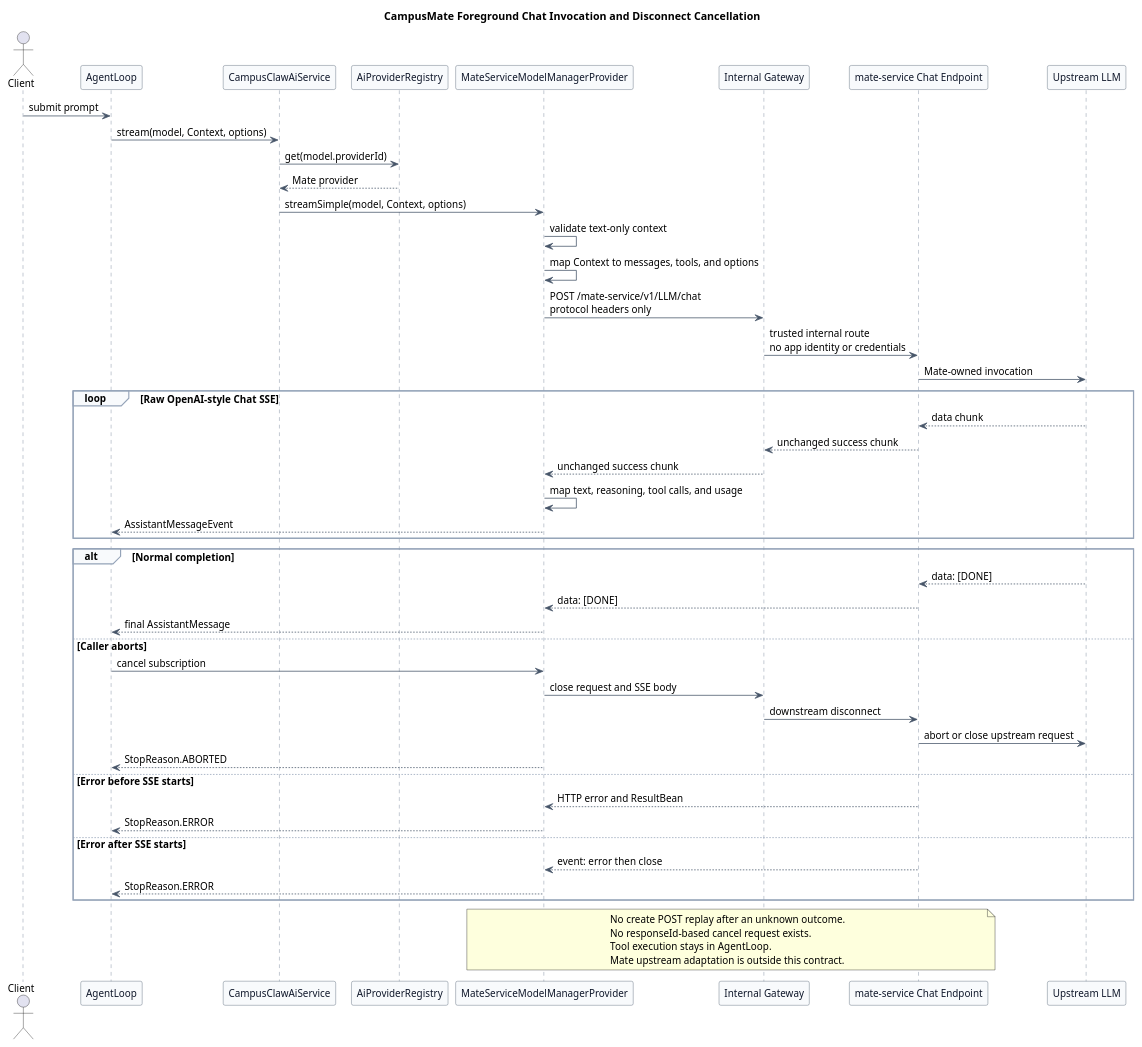
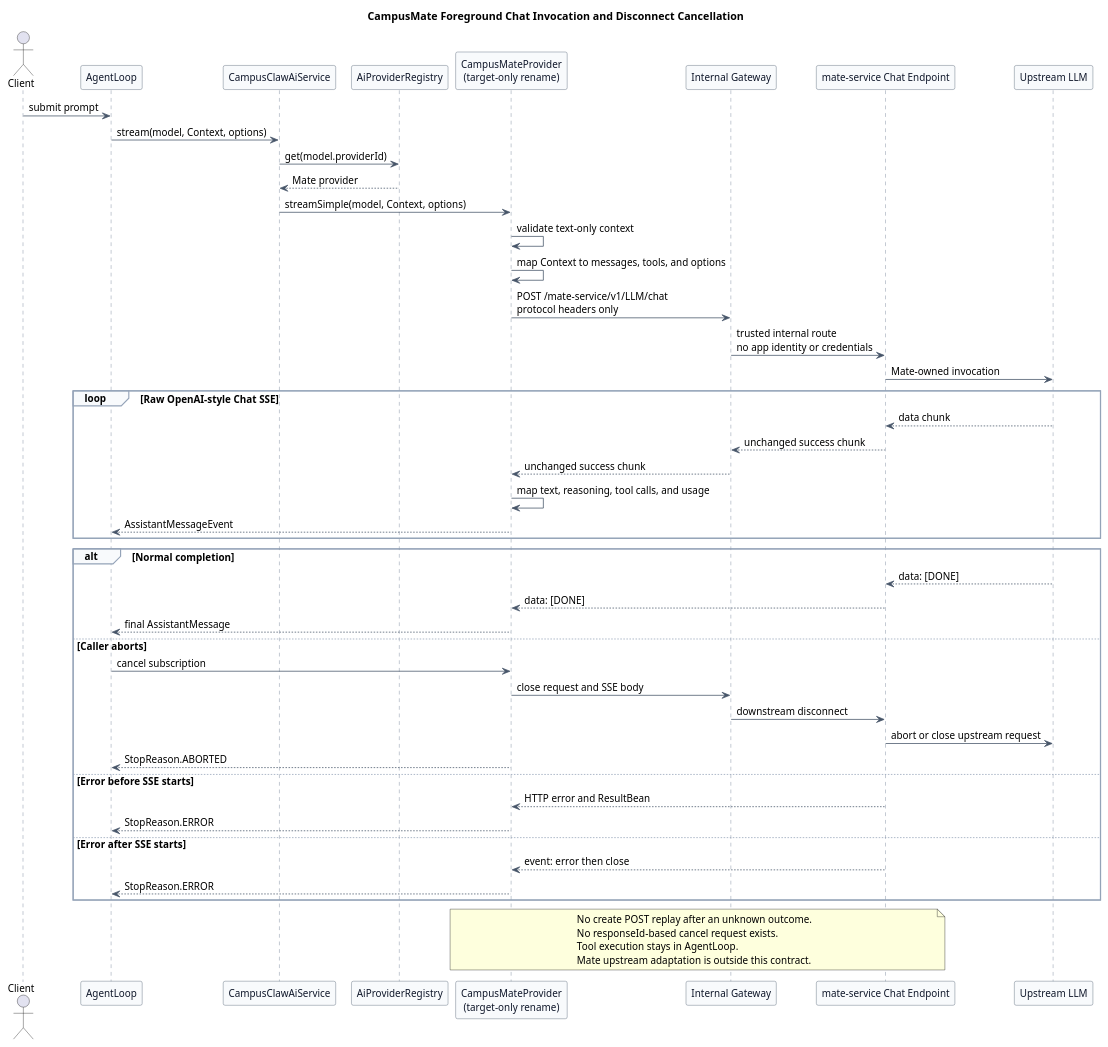
Before and after one commit to ssm0808/pi-mono-java-design: the third of 5 diagrams in 02-服务与接口/03-模型管理Provider契约/diagram.puml, drawn with PlantUML. The commit also changed other lines of this file and 17 other files, not shown here.

Commit message:
docs(ai): 统一 CampusMate 命名并明确 AI 削减边界

```diff
--- a/02-服务与接口/03-模型管理Provider契约/diagram.puml
+++ b/02-服务与接口/03-模型管理Provider契约/diagram.puml
@@ -144,84 +133,87 @@
 @startuml model_manager_invocation_sequence
 title CampusMate Foreground Chat Invocation and Disconnect Cancellation
 
 ' Source evidence:
 ' pi-mono packages/ai/src/api/openai-completions.ts: stream, convertMessages, tool calls, and usage parsing
 ' pi-mono packages/agent/src/agent-loop.ts: runLoop and streamAssistantResponse
 ' pi-mono packages/coding-agent/src/core/compaction/compaction.ts: completeSummarization with toolChoice none
-' pi-mono-java modules/ai/src/main/java/com/campusclaw/ai/provider/openai/OpenAICompletionsProvider.java: stream and parseUsage
+' Baseline: pi-mono-java f61906b9136246ca60f333704b6fc92b5420d0ec
+' pi-mono-java modules/ai/src/main/java/com/campusclaw/ai/provider/mate/MateServiceModelManagerProvider.java: streamSimple, eventFlux, cancel
+' pi-mono-java modules/ai/src/main/java/com/campusclaw/ai/provider/mate/MateChatSseParser.java: accept, parseUsage, abort
+' Target-only: CampusMateProvider is the new name; Chat behavior remains unchanged.
 ' pi-mono-java modules/agent-core/src/main/java/com/campusclaw/agent/loop/AgentLoop.java: invokeModel and consumeStream
 ' mate-service src/main/java/com/huawei/hicampus/mate/agentdefinition/modelmanager/controller/LlmChatController.java:35-55
 ' Observed behavior: POST /mate-service/v1/LLM/chat exists in the analyzed mate-service baseline.
 ' Product constraint: cancellation closes the foreground request and has no separate cancel operation.
 ' Architecture change: successful Chat SSE is returned without ResultBean or payload rewriting.
 
 skinparam backgroundColor #FFFFFF
 skinparam shadowing false
 skinparam defaultFontName Arial
 skinparam defaultFontSize 13
 skinparam participant {
   BackgroundColor #F8FAFC
   BorderColor #475569
   FontColor #0F172A
 }
 skinparam ArrowColor #475569
 skinparam sequence {
   LifeLineBorderColor #64748B
   LifeLineBackgroundColor #F8FAFC
   GroupBorderColor #94A3B8
   GroupBackgroundColor #F8FAFC
 }
 
 actor Client
 participant "AgentLoop" as Loop
 participant "CampusClawAiService" as AiService
 participant "AiProviderRegistry" as Registry
-participant "MateServiceModelManagerProvider" as Provider
+participant "CampusMateProvider\n(target-only rename)" as Provider
 participant "Internal Gateway" as Gateway
 participant "mate-service Chat Endpoint" as Mate
 participant "Upstream LLM" as Upstream
 
 Client -> Loop : submit prompt
 Loop -> AiService : stream(model, Context, options)
 AiService -> Registry : get(model.providerId)
 Registry --> AiService : Mate provider
 AiService -> Provider : streamSimple(model, Context, options)
 Provider -> Provider : validate text-only context
 Provider -> Provider : map Context to messages, tools, and options
 Provider -> Gateway : POST /mate-service/v1/LLM/chat\nprotocol headers only
 Gateway -> Mate : trusted internal route\nno app identity or credentials
 Mate -> Upstream : Mate-owned invocation
 
 loop Raw OpenAI-style Chat SSE
   Upstream --> Mate : data chunk
   Mate --> Gateway : unchanged success chunk
   Gateway --> Provider : unchanged success chunk
   Provider -> Provider : map text, reasoning, tool calls, and usage
   Provider --> Loop : AssistantMessageEvent
 end
 
 alt Normal completion
   Upstream --> Mate : data: [DONE]
   Mate --> Provider : data: [DONE]
   Provider --> Loop : final AssistantMessage
 else Caller aborts
   Loop -> Provider : cancel subscription
   Provider -> Gateway : close request and SSE body
   Gateway -> Mate : downstream disconnect
   Mate -> Upstream : abort or close upstream request
   Provider --> Loop : StopReason.ABORTED
 else Error before SSE starts
   Mate --> Provider : HTTP error and ResultBean
   Provider --> Loop : StopReason.ERROR
 else Error after SSE starts
   Mate --> Provider : event: error then close
   Provider --> Loop : StopReason.ERROR
 end
 
 note over Provider,Mate
 No create POST replay after an unknown outcome.
 No responseId-based cancel request exists.
 Tool execution stays in AgentLoop.
 Mate upstream adaptation is outside this contract.
 end note
 @enduml
```
